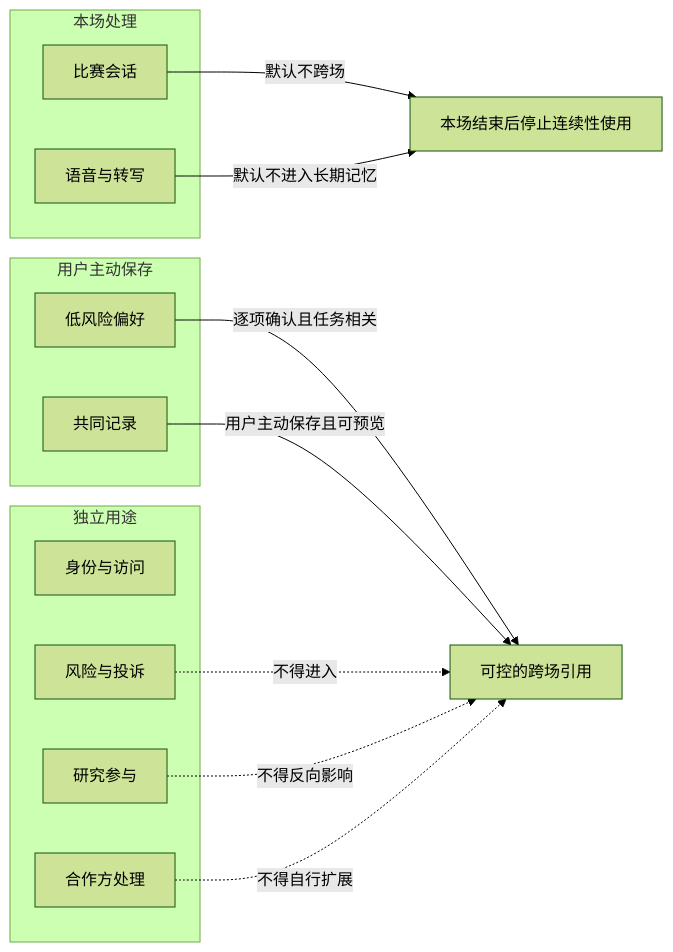
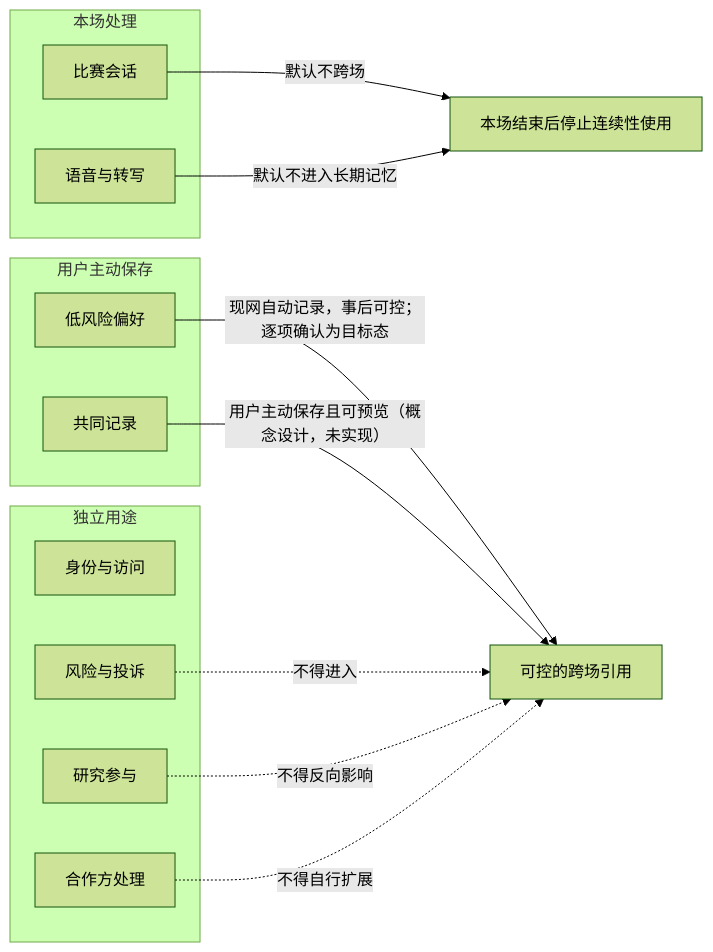
One commit to weiz98417-crypto/qiuqiu changed the first of 9 diagrams in docs/球球全套资料/4.产品设计/38-隐私、记忆删除与数据生命周期设计.md. Above: the diagram before and after it, drawn with Mermaid (forest theme). The commit also changed other lines of this file and 49 other files, not shown here.

````diff
--- a/docs/球球全套资料/4.产品设计/38-隐私、记忆删除与数据生命周期设计.md
+++ b/docs/球球全套资料/4.产品设计/38-隐私、记忆删除与数据生命周期设计.md
@@ -44,24 +42,24 @@
 ```mermaid
 flowchart LR
     subgraph 本场处理
         S[比赛会话]
         V[语音与转写]
     end
     subgraph 用户主动保存
         P[低风险偏好]
         M[共同记录]
     end
     subgraph 独立用途
         I[身份与访问]
         C[风险与投诉]
         R[研究参与]
         X[合作方处理]
     end
     S -->|默认不跨场| Z[本场结束后停止连续性使用]
     V -->|默认不进入长期记忆| Z
-    P -->|逐项确认且任务相关| U[可控的跨场引用]
-    M -->|用户主动保存且可预览| U
+    P -->|现网自动记录，事后可控；逐项确认为目标态| U[可控的跨场引用]
+    M -->|用户主动保存且可预览（概念设计，未实现）| U
     C -.不得进入.-> U
     R -.不得反向影响.-> U
     X -.不得自行扩展.-> U
 ```
````
